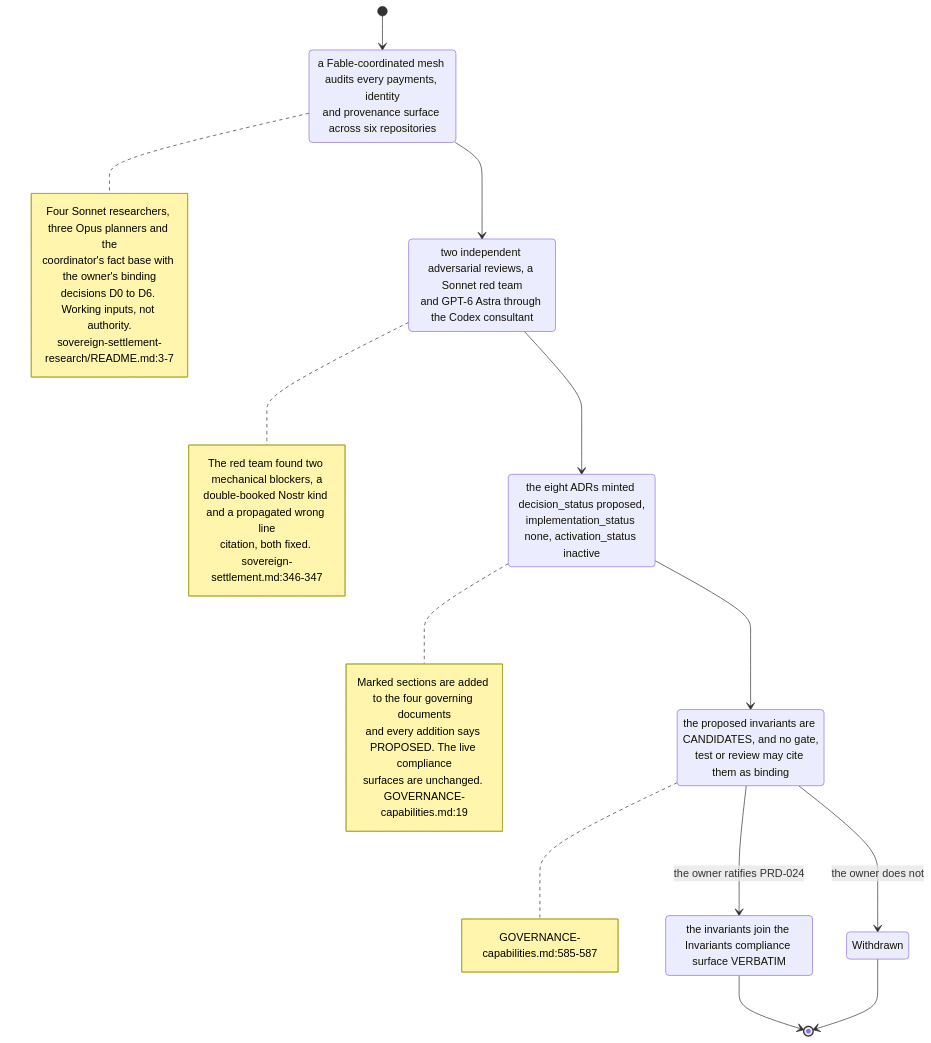
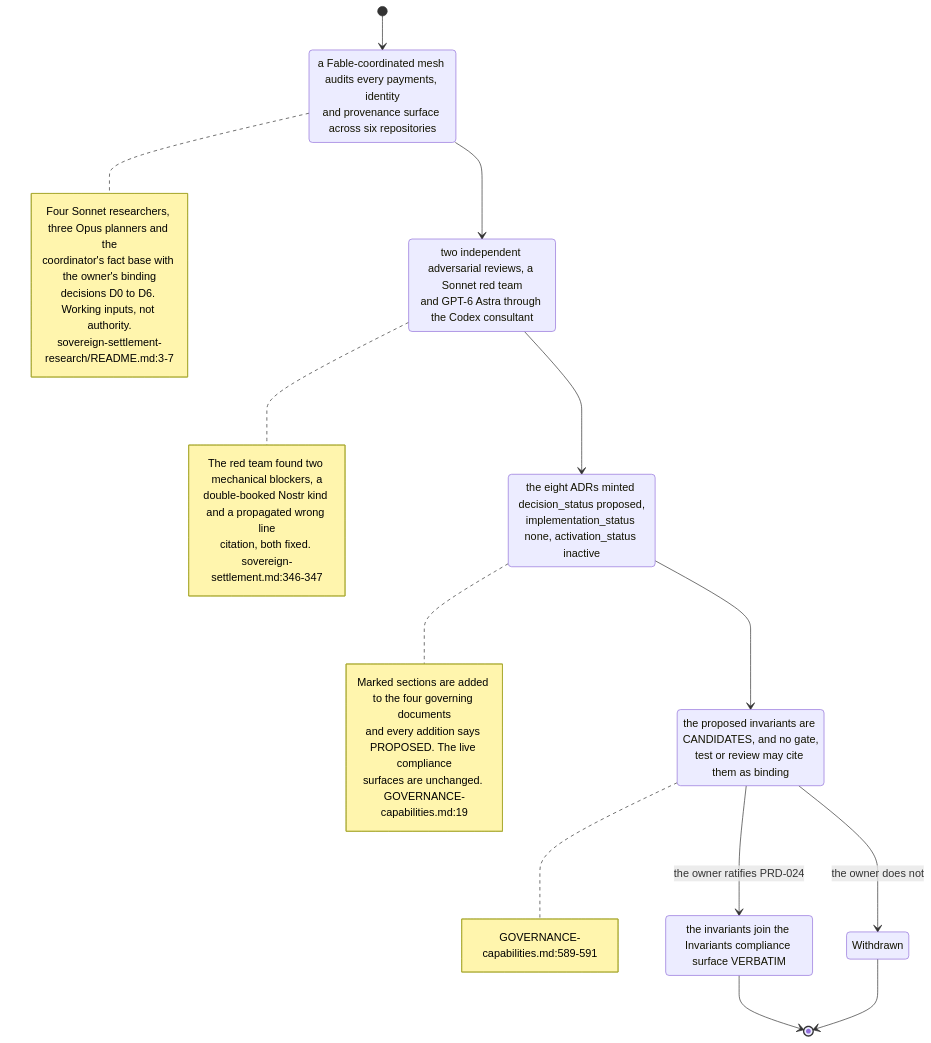
Before and after one commit to DreamLab-AI/VisionFlow: the second of 7 diagrams in docs/diagrams/agentbox/31-sovereign-settlement.md, drawn with Mermaid. The commit also changed other lines of this file and 142 other files, not shown here.

First line of the commit message:
docs(diagrams): one System One route; re-verify 140 topics at today's heads

````diff
--- a/docs/diagrams/agentbox/31-sovereign-settlement.md
+++ b/docs/diagrams/agentbox/31-sovereign-settlement.md
@@ -93,35 +93,35 @@
 ```mermaid
 stateDiagram-v2
     [*] --> Researched
     Researched: a Fable-coordinated mesh audits every payments, identity<br/>and provenance surface across six repositories
     note right of Researched
         Four Sonnet researchers, three Opus planners and the
         coordinator's fact base with the owner's binding
         decisions D0 to D6. Working inputs, not authority.
         sovereign-settlement-research/README.md:3-7
     end note
     Researched --> Reviewed
     Reviewed: two independent adversarial reviews, a Sonnet red team<br/>and GPT-6 Astra through the Codex consultant
     note right of Reviewed
         The red team found two mechanical blockers, a
         double-booked Nostr kind and a propagated wrong line
         citation, both fixed. sovereign-settlement.md:346-347
     end note
     Reviewed --> Proposed
     Proposed: the eight ADRs minted decision_status proposed,<br/>implementation_status none, activation_status inactive
     note right of Proposed
         Marked sections are added to the four governing documents
         and every addition says PROPOSED. The live compliance
         surfaces are unchanged. GOVERNANCE-capabilities.md:19
     end note
     Proposed --> Candidate
     Candidate: the proposed invariants are CANDIDATES, and no gate,<br/>test or review may cite them as binding
     note right of Candidate
-        GOVERNANCE-capabilities.md:585-587
+        GOVERNANCE-capabilities.md:589-591
     end note
     Candidate --> Ratified : the owner ratifies PRD-024
     Candidate --> Withdrawn : the owner does not
     Ratified: the invariants join the Invariants compliance surface VERBATIM
     Ratified --> [*]
     Withdrawn --> [*]
 ```
````
